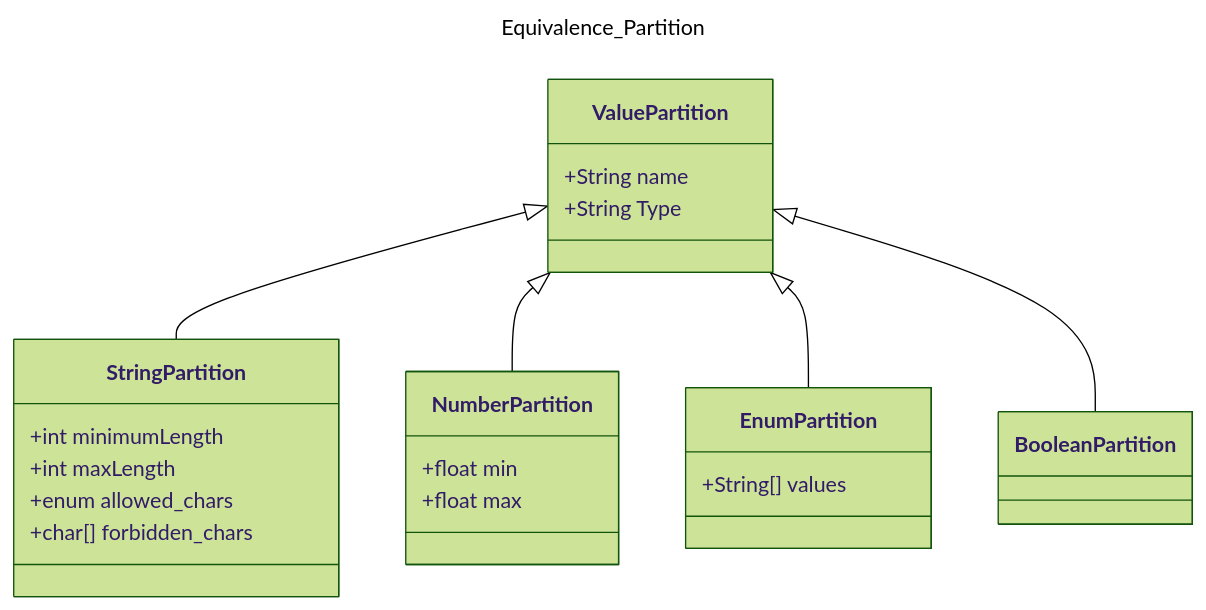
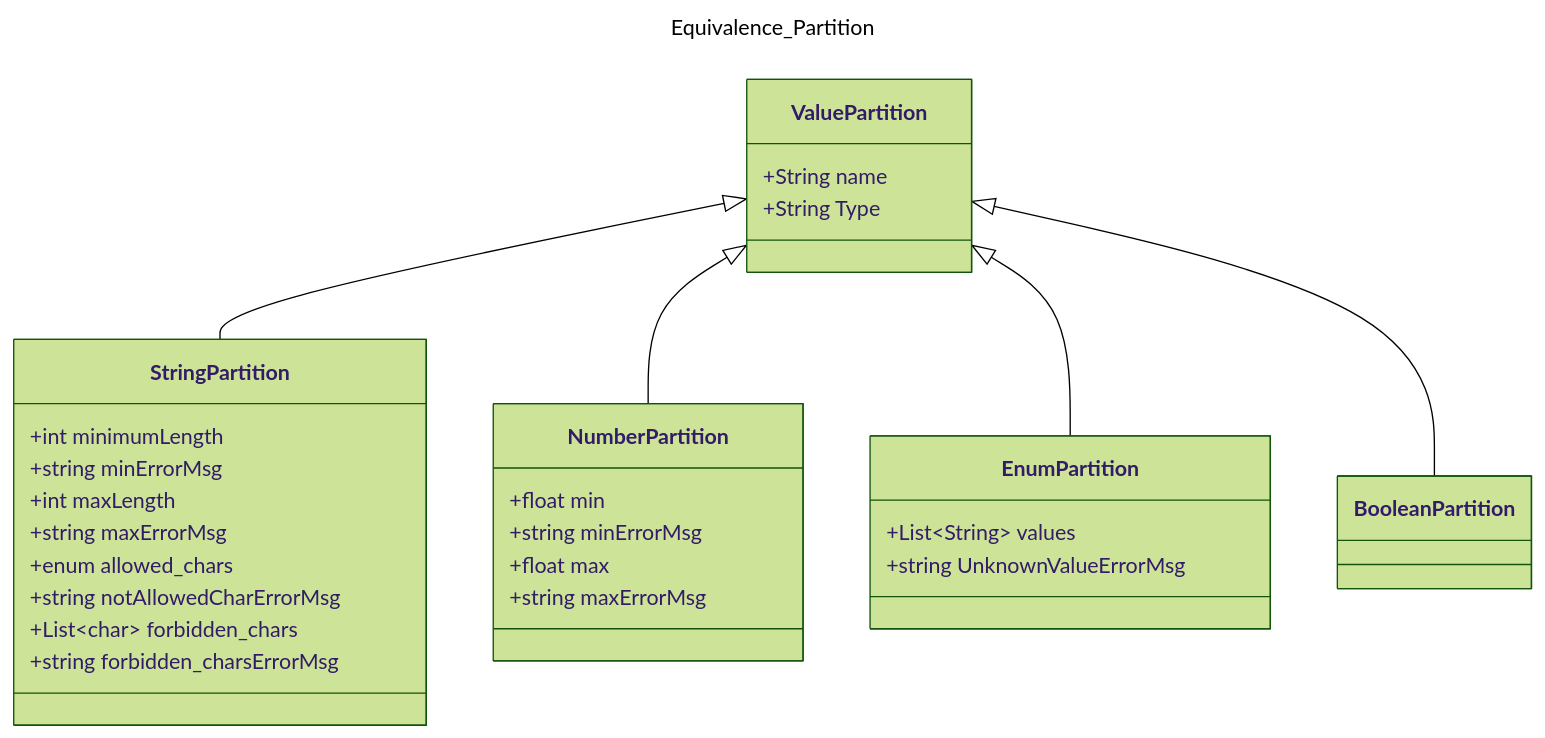
One commit to Caelan0501/devops_testgen changed the diagram in docs/Class_Diagram.mmd. Above: the diagram before and after it, drawn with Mermaid (forest theme). The commit also changed 1 other file, not shown here.

Commit message:
Equivalence_Partition Diagram updates and Classifying partitions

```diff
--- a/docs/Class_Diagram.mmd
+++ b/docs/Class_Diagram.mmd
@@ -1,30 +1,37 @@
 ---
 title: Equivalence_Partition
 ---
 classDiagram
     class ValuePartition{
         +String name
         +String Type
     }
     ValuePartition <|-- StringPartition
     class StringPartition{
         +int minimumLength
+        +string minErrorMsg
         +int maxLength
+        +string maxErrorMsg
         +enum allowed_chars
-        +char[] forbidden_chars
+        +string notAllowedCharErrorMsg
+        +List~char~ forbidden_chars
+        +string forbidden_charsErrorMsg
     }
 
     ValuePartition <|-- NumberPartition
     class NumberPartition{
         +float min
+        +string minErrorMsg
         +float max
+        +string maxErrorMsg
     }
 
     ValuePartition <|-- EnumPartition
     class EnumPartition{
-        +String[] values
+        +List~String~ values
+        +string UnknownValueErrorMsg
     }
 
     ValuePartition <|-- BooleanPartition
     class BooleanPartition{
     }
```
